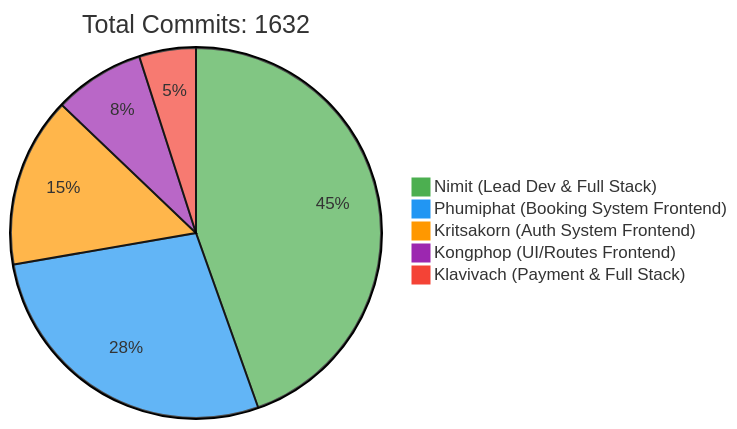
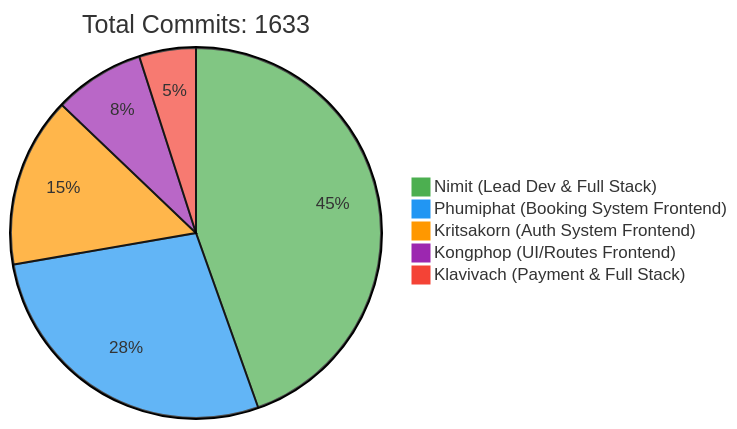
One commit to 6531503042/Sport-Complex changed the first of 2 diagrams in README.md. Above: the diagram before and after it, drawn with Mermaid. The commit also changed other lines of this file, not shown here.

Commit message:
docs: Update contributor statistics [skip ci]

````diff
--- a/README.md
+++ b/README.md
@@ -257,10 +257,10 @@
 ```mermaid
 %%{init: {'theme': 'base', 'themeVariables': { 'pie1': '#4CAF50', 'pie2': '#2196F3', 'pie3': '#FF9800', 'pie4': '#9C27B0', 'pie5': '#F44336'}}}%%
 pie
-    title Total Commits: 1632
+    title Total Commits: 1633
     "Nimit (Lead Dev & Full Stack)" : 450
     "Phumiphat (Booking System Frontend)" : 280
     "Kritsakorn (Auth System Frontend)" : 150
     "Kongphop (UI/Routes Frontend)" : 80
     "Klavivach (Payment & Full Stack)" : 50
 ```
````
